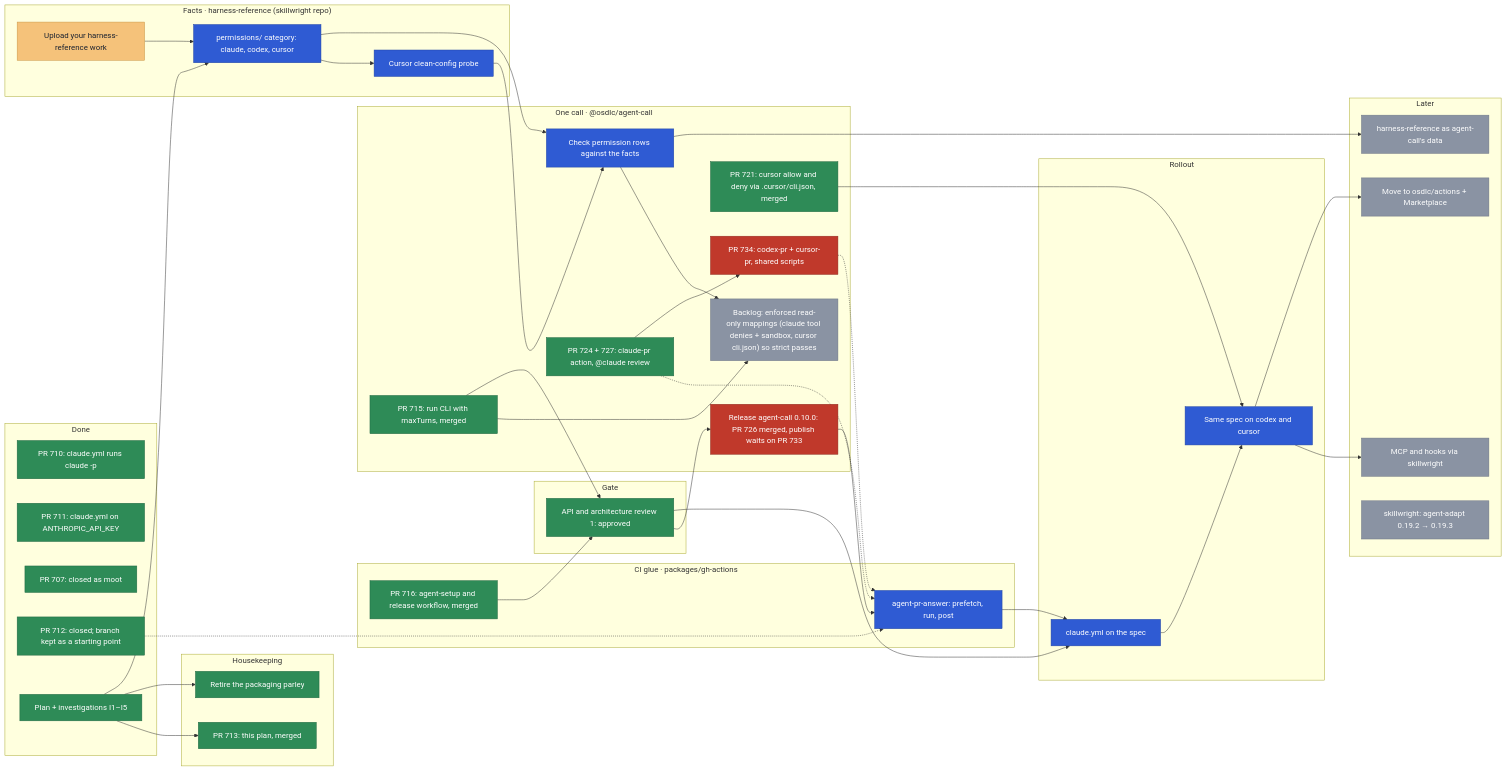
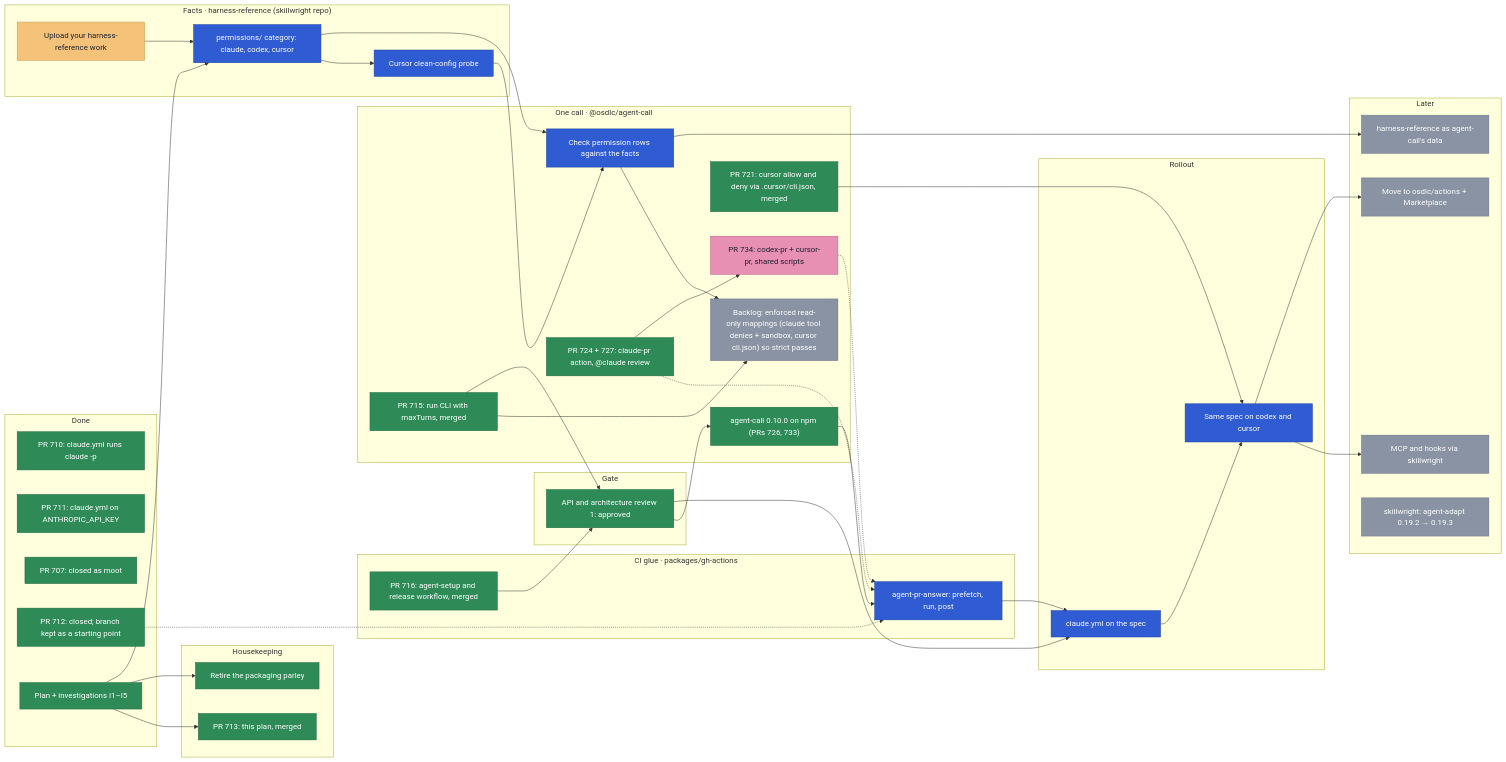
Before and after one commit to osdlc/osdlc: the diagram in docs/planning/agent-ci.md, drawn with Mermaid. The commit also changed other lines of this file, not shown here.

Commit message:
docs(planning): agent-call 0.10.0 published; PR 734 conflicts with main

````diff
--- a/docs/planning/agent-ci.md
+++ b/docs/planning/agent-ci.md
@@ -61,7 +61,7 @@
     CUR["PR 721: cursor allow and deny via .cursor/cli.json, merged"]
     REV["PR 724 + 727: claude-pr action, @claude review"]
     HPR["PR 734: codex-pr + cursor-pr, shared scripts"]
-    REL["Release agent-call 0.10.0: PR 726 merged, publish waits on PR 733"]
+    REL["agent-call 0.10.0 on npm (PRs 726, 733)"]
   end
   subgraph gate["Gate"]
     ARCH["API and architecture review 1: approved"]
@@ -119,9 +119,9 @@
   class UP yours
   class SETUP done
   class REV done
-  class HPR blocked
+  class HPR external
   class PERM,PROBE,CHECK,ANS,SPEC,MULTI next
-  class REL blocked
+  class REL done
   class CUR done
   class MCP,PUB,DATA,PIN,STRICT later
 ```
````
